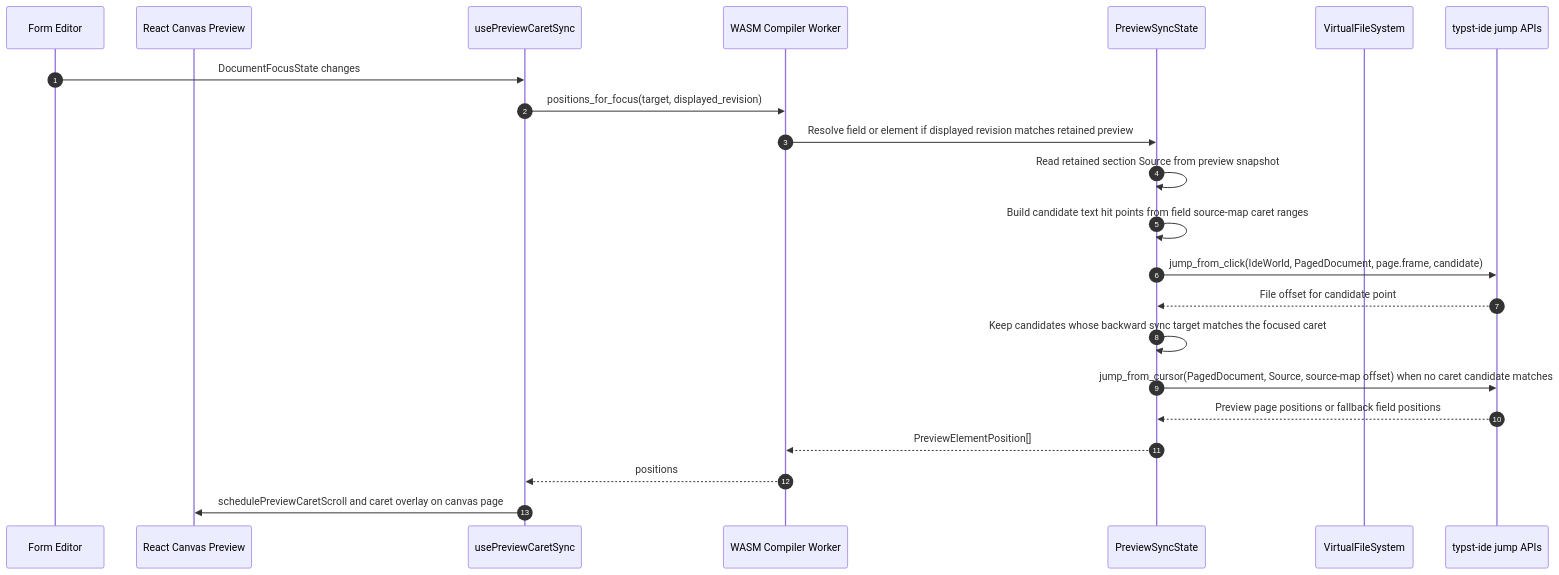
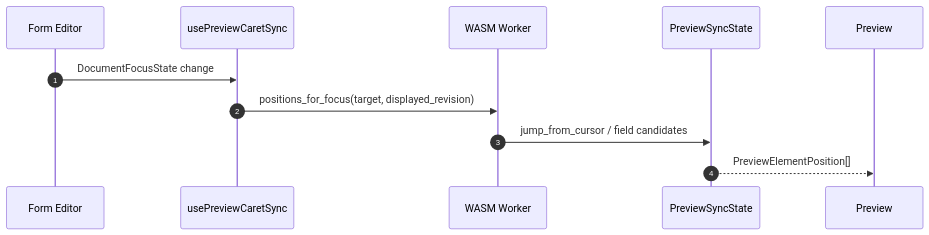
One commit to andmoreduro/ergo changed the ninth of 9 diagrams in context/sequence-diagrams.md. Above: the diagram before and after it, drawn with Mermaid. The commit also changed other lines of this file and 12 other files, not shown here.

````diff
--- a/context/sequence-diagrams.md
+++ b/context/sequence-diagrams.md
@@ -354,26 +181,14 @@
 ```mermaid
 sequenceDiagram
     autonumber
 
     participant Editor as Form Editor
-    participant Preview as React Canvas Preview
     participant Hook as usePreviewCaretSync
-    participant Worker as WASM Compiler Worker
+    participant Worker as WASM Worker
     participant Sync as PreviewSyncState
-    participant VFS as VirtualFileSystem
-    participant TypstIDE as typst-ide jump APIs
 
-    Editor->>Hook: DocumentFocusState changes
+    Editor->>Hook: DocumentFocusState change
     Hook->>Worker: positions_for_focus(target, displayed_revision)
-    Worker->>Sync: Resolve field or element if displayed revision matches retained preview
-    Sync->>Sync: Read retained section Source from preview snapshot
-    Sync->>Sync: Build candidate text hit points from field source-map caret ranges
-    Sync->>TypstIDE: jump_from_click(IdeWorld, PagedDocument, page.frame, candidate)
-    TypstIDE-->>Sync: File offset for candidate point
-    Sync->>Sync: Keep candidates whose backward sync target matches the focused caret
-    Sync->>TypstIDE: jump_from_cursor(PagedDocument, Source, source-map offset) when no caret candidate matches
-    TypstIDE-->>Sync: Preview page positions or fallback field positions
-    Sync-->>Worker: PreviewElementPosition[]
-    Worker-->>Hook: positions
-    Hook->>Preview: schedulePreviewCaretScroll and caret overlay on canvas page
+    Worker->>Sync: jump_from_cursor / field candidates
+    Sync-->>Preview: PreviewElementPosition[]
 ```
````
